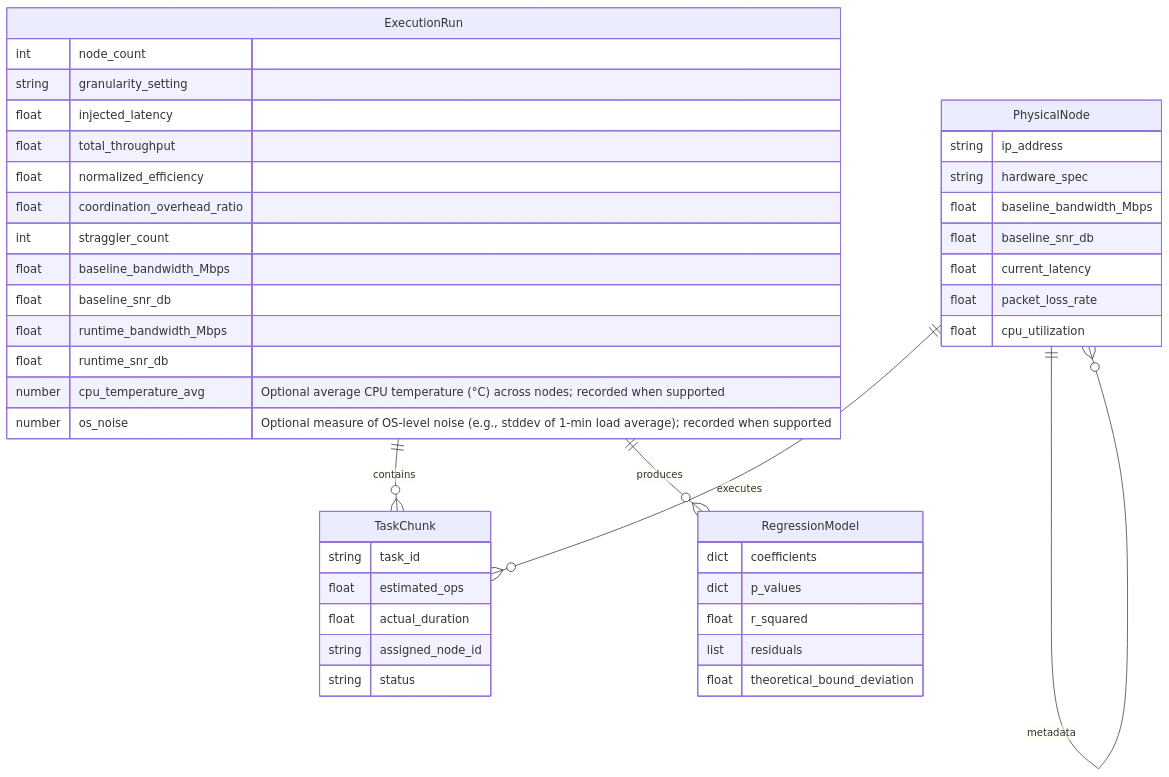
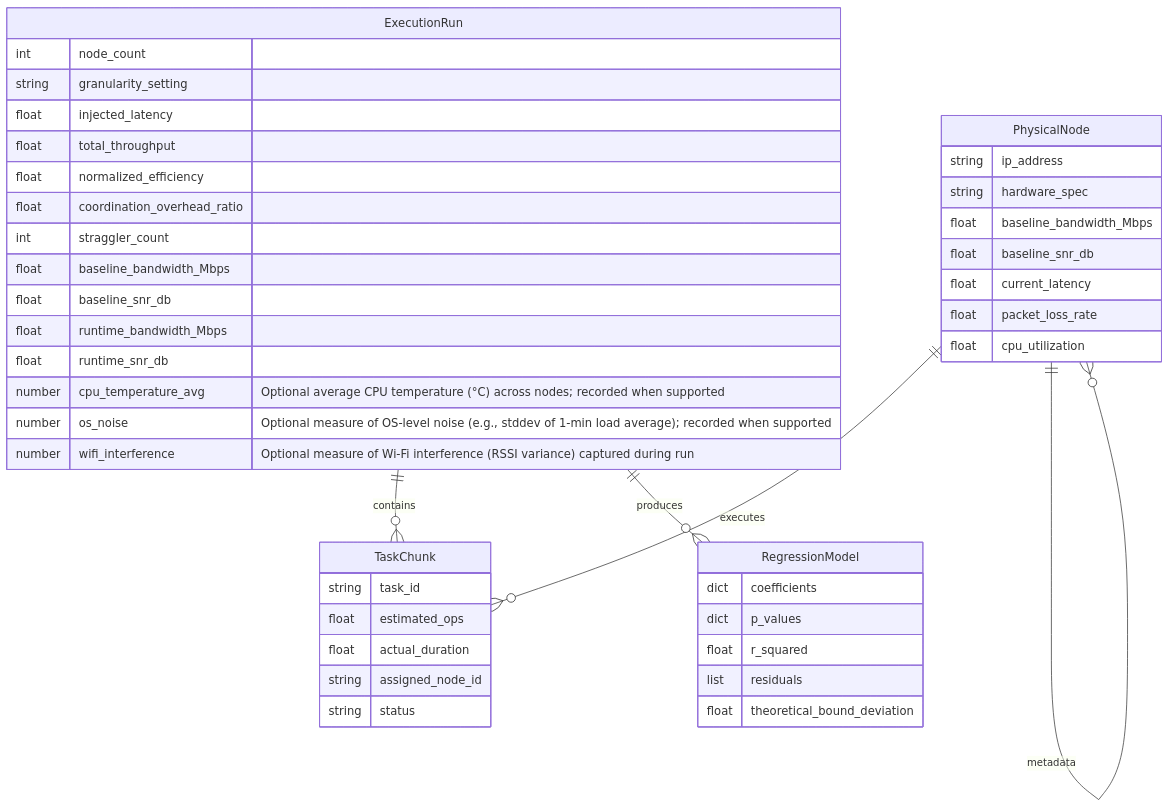
One commit to ContextLab/llmXive changed the diagram in projects/PROJ-009-build-a-mesh-network-that-forms-the-larg/specs/001-build-a-mesh-network-that-forms-the-larg/data-model.md. Above: the diagram before and after it, drawn with Mermaid. The commit also changed other lines of this file and 17 other files, not shown here.

````diff
--- a/projects/PROJ-009-build-a-mesh-network-that-forms-the-larg/specs/001-build-a-mesh-network-that-forms-the-larg/data-model.md
+++ b/projects/PROJ-009-build-a-mesh-network-that-forms-the-larg/specs/001-build-a-mesh-network-that-forms-the-larg/data-model.md
@@ -6,45 +6,46 @@
 ```mermaid
 erDiagram
     PhysicalNode ||--o{ TaskChunk : "executes"
     ExecutionRun ||--o{ TaskChunk : "contains"
     ExecutionRun ||--o{ RegressionModel : "produces"
     PhysicalNode ||--o{ PhysicalNode : "metadata"
     PhysicalNode {
         string ip_address
         string hardware_spec
         float baseline_bandwidth_Mbps
         float baseline_snr_db
         float current_latency
         float packet_loss_rate
         float cpu_utilization
     }
     TaskChunk {
         string task_id
         float estimated_ops
         float actual_duration
         string assigned_node_id
         string status
     }
     ExecutionRun {
         int node_count
         string granularity_setting
         float injected_latency
         float total_throughput
         float normalized_efficiency
         float coordination_overhead_ratio
         int straggler_count
         float baseline_bandwidth_Mbps
         float baseline_snr_db
         float runtime_bandwidth_Mbps
         float runtime_snr_db
         number cpu_temperature_avg "Optional average CPU temperature (°C) across nodes; recorded when supported"
         number os_noise "Optional measure of OS‑level noise (e.g., stddev of 1‑min load average); recorded when supported"
+        number wifi_interference "Optional measure of Wi‑Fi interference (RSSI variance) captured during run"
     }
     RegressionModel {
         dict coefficients
         dict p_values
         float r_squared
         list residuals
         float theoretical_bound_deviation
     }
 ```
````
